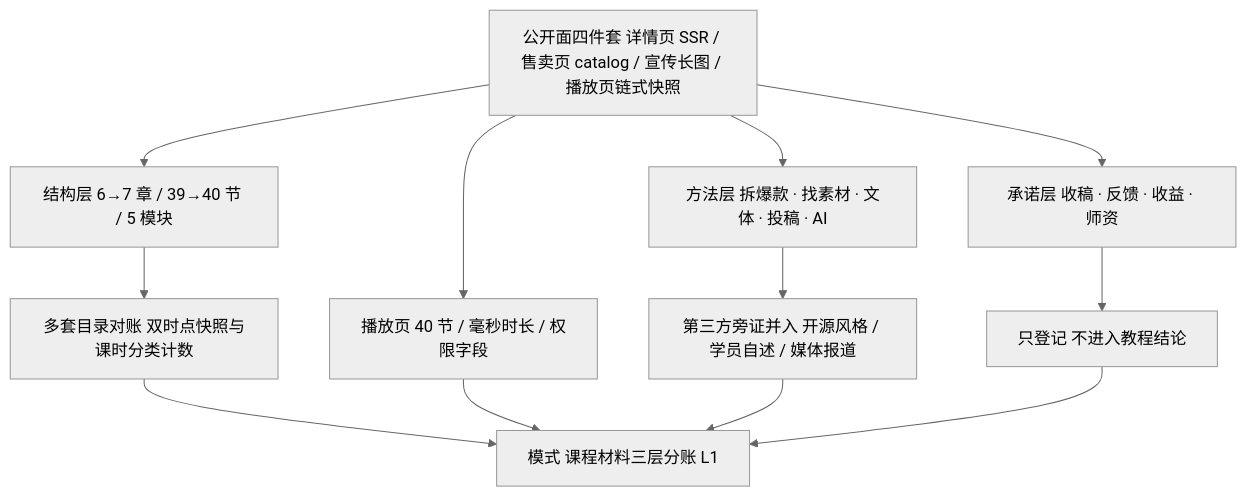
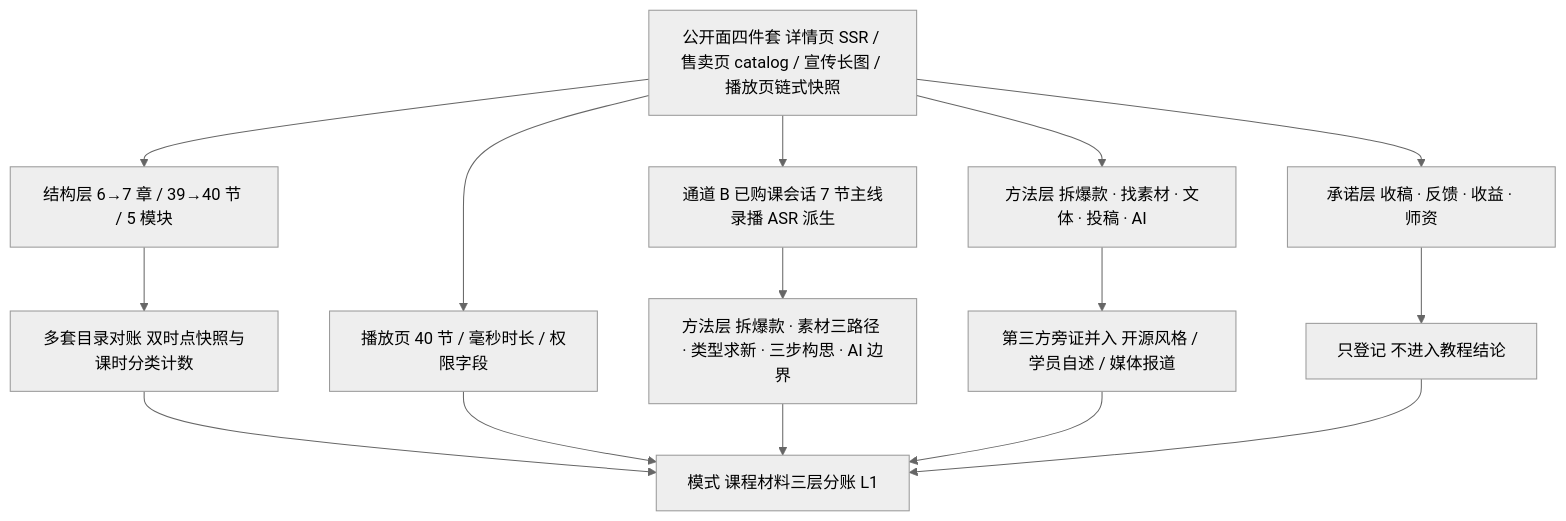
One commit to awesome-flexloop/awesome-okf changed the diagram in doc/bundles/sheke/industry/short-story-writing-system/index.md. Above: the diagram before and after it, drawn with Mermaid (neutral theme). The commit also changed other lines of this file and 14 other files, not shown here.

````diff
--- a/doc/bundles/sheke/industry/short-story-writing-system/index.md
+++ b/doc/bundles/sheke/industry/short-story-writing-system/index.md
@@ -55,14 +58,17 @@
 ```mermaid
 flowchart TD
     A["公开面四件套 详情页 SSR / 售卖页 catalog / 宣传长图 / 播放页链式快照"] --> B["结构层 6→7 章 / 39→40 节 / 5 模块"]
     A --> I["播放页 40 节 / 毫秒时长 / 权限字段"]
     A --> C["方法层 拆爆款 · 找素材 · 文体 · 投稿 · AI"]
     A --> D["承诺层 收稿 · 反馈 · 收益 · 师资"]
     B --> E["多套目录对账 双时点快照与课时分类计数"]
     C --> F["第三方旁证并入 开源风格 / 学员自述 / 媒体报道"]
     D --> G["只登记 不进入教程结论"]
     E --> H["模式 课程材料三层分账 L1"]
     I --> H
+    A --> J["通道 B 已购课会话 7 节主线录播 ASR 派生"]
+    J --> K["方法层 拆爆款 · 素材三路径 · 类型求新 · 三步构思 · AI 边界"]
+    K --> H
     F --> H
     G --> H
 ```
````
